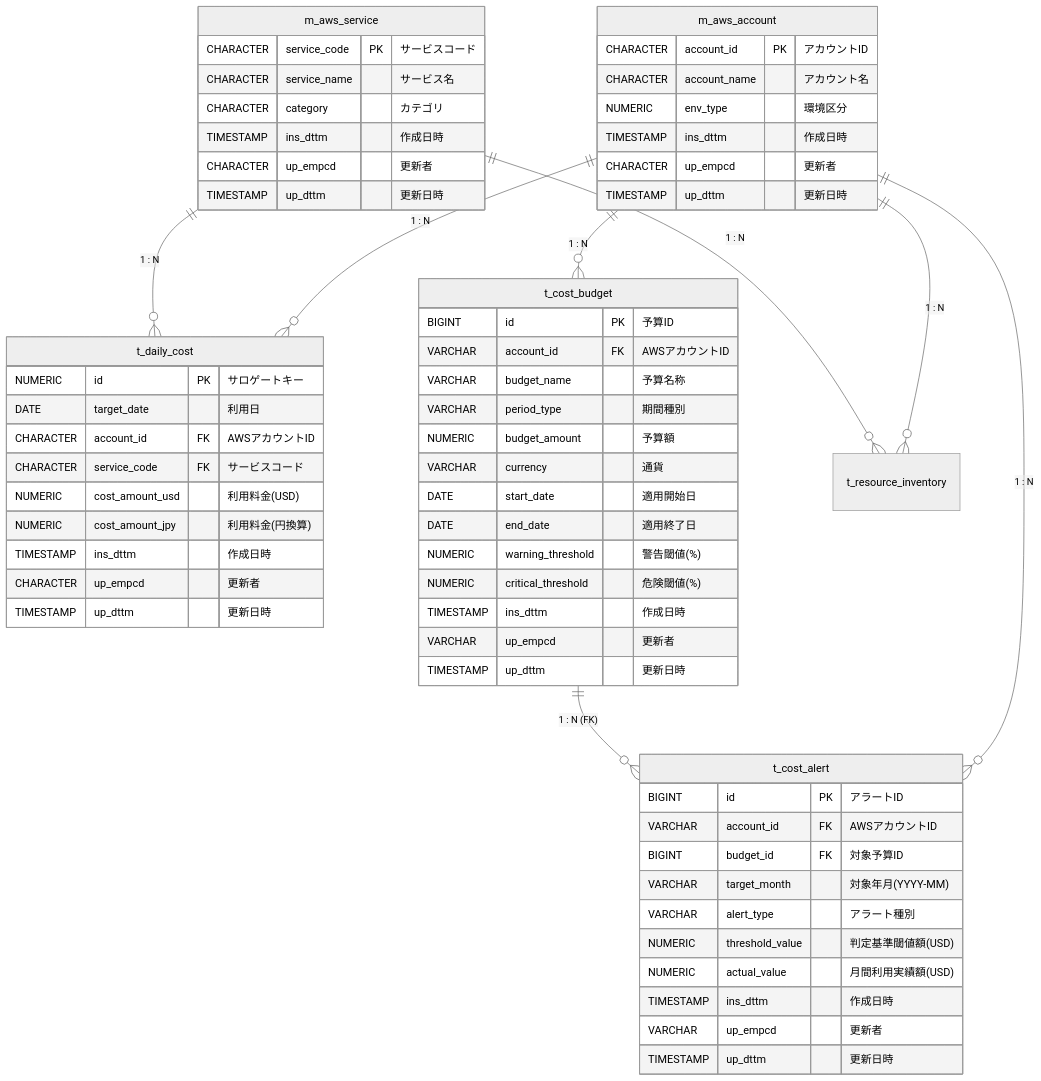
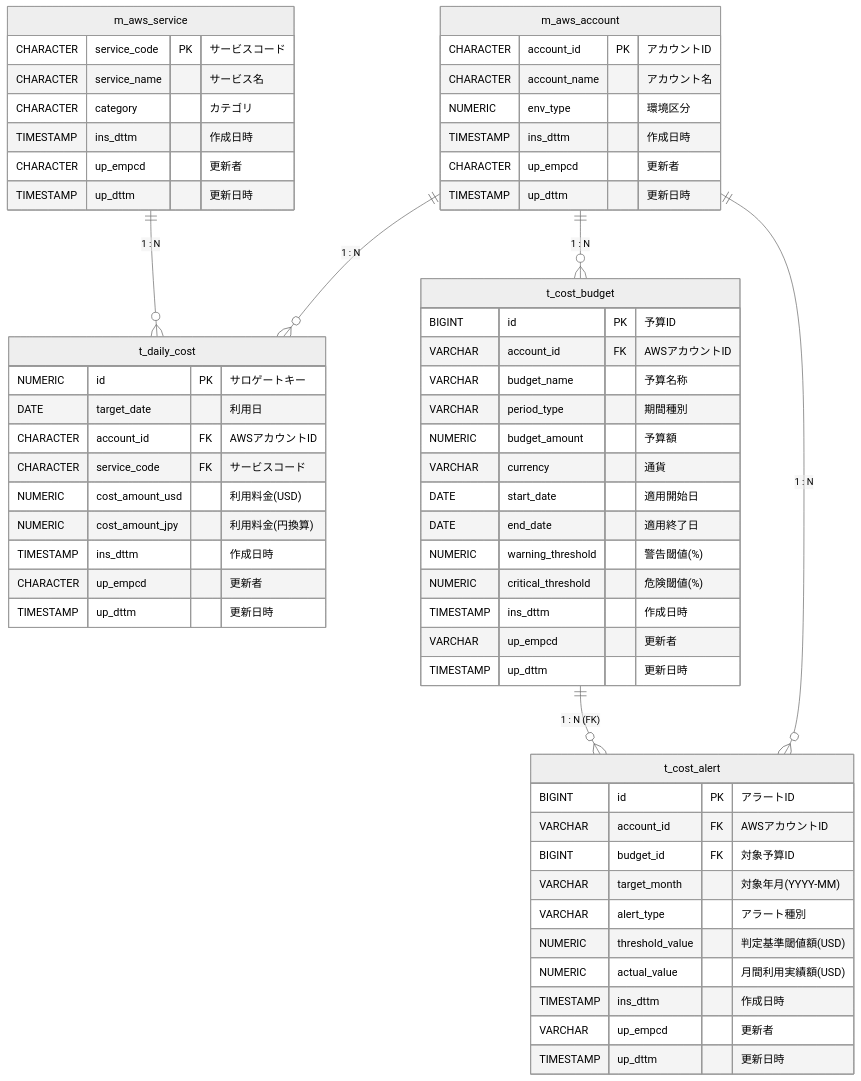
The diagram in README.md (khinmyathu/aws-cost-monitoring-dashboard), drawn with Mermaid (neutral theme) before and after one commit.

````diff
--- a/README.md
+++ b/README.md
@@ -45,72 +45,70 @@
 ```mermaid
 erDiagram
     m_aws_account ||--o{ t_daily_cost : "1 : N"
     m_aws_account ||--o{ t_cost_budget : "1 : N"
     m_aws_account ||--o{ t_cost_alert : "1 : N"
-    m_aws_account ||--o{ t_resource_inventory : "1 : N"
 
     m_aws_service ||--o{ t_daily_cost : "1 : N"
-    m_aws_service ||--o{ t_resource_inventory : "1 : N"
 
     t_cost_budget ||--o{ t_cost_alert : "1 : N (FK)"
 
     m_aws_account {
         CHARACTER account_id PK "アカウントID"
         CHARACTER account_name "アカウント名"
         NUMERIC env_type "環境区分"
         TIMESTAMP ins_dttm "作成日時"
         CHARACTER up_empcd "更新者"
         TIMESTAMP up_dttm "更新日時"
     }
 
     m_aws_service {
         CHARACTER service_code PK "サービスコード"
         CHARACTER service_name "サービス名"
         CHARACTER category "カテゴリ"
         TIMESTAMP ins_dttm "作成日時"
         CHARACTER up_empcd "更新者"
         TIMESTAMP up_dttm "更新日時"
     }
 
     t_daily_cost {
         NUMERIC id PK "サロゲートキー"
         DATE target_date "利用日"
         CHARACTER account_id FK "AWSアカウントID"
         CHARACTER service_code FK "サービスコード"
         NUMERIC cost_amount_usd "利用料金(USD)"
         NUMERIC cost_amount_jpy "利用料金(円換算)"
         TIMESTAMP ins_dttm "作成日時"
         CHARACTER up_empcd "更新者"
         TIMESTAMP up_dttm "更新日時"
     }
 
     t_cost_budget {
         BIGINT id PK "予算ID"
         VARCHAR account_id FK "AWSアカウントID"
         VARCHAR budget_name "予算名称"
         VARCHAR period_type "期間種別"
         NUMERIC budget_amount "予算額"
         VARCHAR currency "通貨"
         DATE start_date "適用開始日"
         DATE end_date "適用終了日"
         NUMERIC warning_threshold "警告閾値(%)"
         NUMERIC critical_threshold "危険閾値(%)"
         TIMESTAMP ins_dttm "作成日時"
         VARCHAR up_empcd "更新者"
         TIMESTAMP up_dttm "更新日時"
     }
 
     t_cost_alert {
         BIGINT id PK "アラートID"
         VARCHAR account_id FK "AWSアカウントID"
         BIGINT budget_id FK "対象予算ID"
         VARCHAR target_month "対象年月(YYYY-MM)"
         VARCHAR alert_type "アラート種別"
         NUMERIC threshold_value "判定基準閾値額(USD)"
         NUMERIC actual_value "月間利用実績額(USD)"
         TIMESTAMP ins_dttm "作成日時"
         VARCHAR up_empcd "更新者"
         TIMESTAMP up_dttm "更新日時"
     }
 
 ```
````
